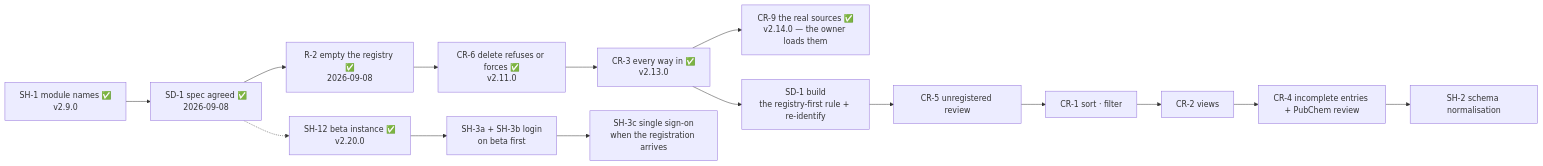
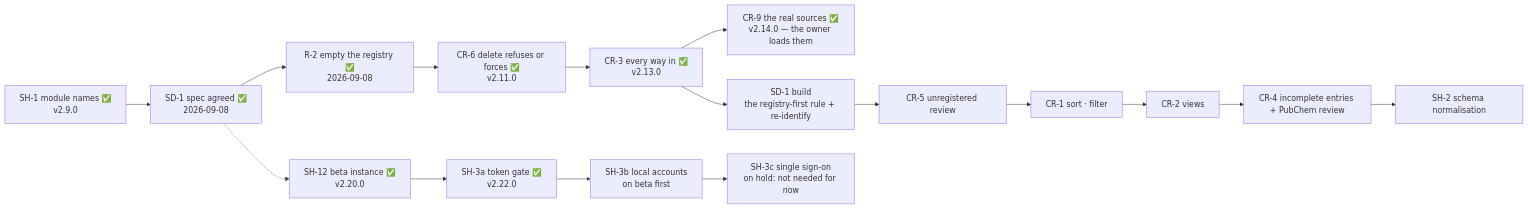
The diagram in docs/05-roadmap.md (akannan2987/nr-nips-crucible), drawn with Mermaid before and after one commit. The commit also changed other lines of this file and 45 other files, not shown here.

First line of the commit message:
Put a token gate on every route, with a login page and one open health route

````diff
--- a/docs/05-roadmap.md
+++ b/docs/05-roadmap.md
@@ -213,12 +213,12 @@
 ```mermaid
 flowchart LR
     SH1["SH-1 module names ✅<br/>v2.9.0"] --> SD1s["SD-1 spec agreed ✅<br/>2026-09-08"]
     SD1s --> R2["R-2 empty the registry ✅<br/>2026-09-08"]
     R2 --> CR6["CR-6 delete refuses or forces ✅<br/>v2.11.0"] --> CR3["CR-3 every way in ✅<br/>v2.13.0"] --> CR9["CR-9 the real sources ✅<br/>v2.14.0 — the owner loads them"]
     CR3 --> SD1["SD-1 build<br/>the registry-first rule + re-identify"]
     SD1 --> CR5["CR-5 unregistered review"]
     CR5 --> CR1["CR-1 sort · filter"] --> CR2["CR-2 views"]
     CR2 --> CR4["CR-4 incomplete entries + PubChem review"]
     CR4 --> SH2["SH-2 schema normalisation"]
-    SD1s -.-> SH12["SH-12 beta instance ✅<br/>v2.20.0"] --> SH3a["SH-3a + SH-3b login<br/>on beta first"] --> SH3c["SH-3c single sign-on<br/>when the registration arrives"]
+    SD1s -.-> SH12["SH-12 beta instance ✅<br/>v2.20.0"] --> SH3a["SH-3a token gate ✅<br/>v2.22.0"] --> SH3b["SH-3b local accounts<br/>on beta first"] --> SH3c["SH-3c single sign-on<br/>on hold: not needed for now"]
 ```
````
